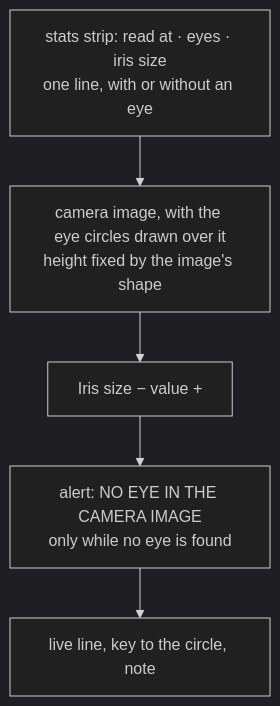
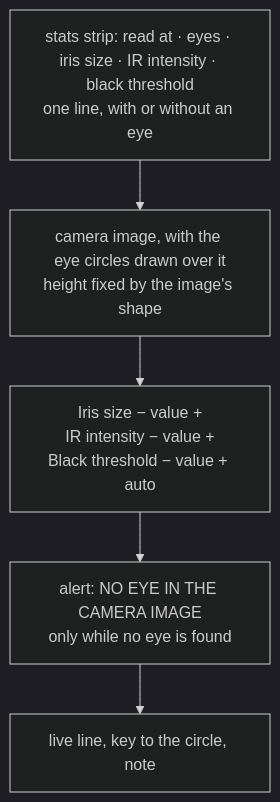
The fourth of 6 diagrams in docs/live_monitor.md (sh4r11f/alhazen), drawn with Mermaid (dark theme) before and after one commit. The commit also changed 18 other files, not shown here.

First line of the commit message:
Live monitor: IR intensity and black threshold controls (TRACKPixx3) (#177)

````diff
--- a/docs/live_monitor.md
+++ b/docs/live_monitor.md
@@ -842,9 +842,9 @@
 ```mermaid
 flowchart TB
-  S["stats strip: read at · eyes · iris size<br/>one line, with or without an eye"]
+  S["stats strip: read at · eyes · iris size · IR intensity · black threshold<br/>one line, with or without an eye"]
   I["camera image, with the eye circles drawn over it<br/>height fixed by the image's shape"]
-  C["Iris size − value +"]
+  C["Iris size − value +<br/>IR intensity − value +<br/>Black threshold − value + auto"]
   A["alert: NO EYE IN THE CAMERA IMAGE<br/>only while no eye is found"]
   L["live line, key to the circle, note"]
   S --> I --> C --> A --> L
 ```
````
